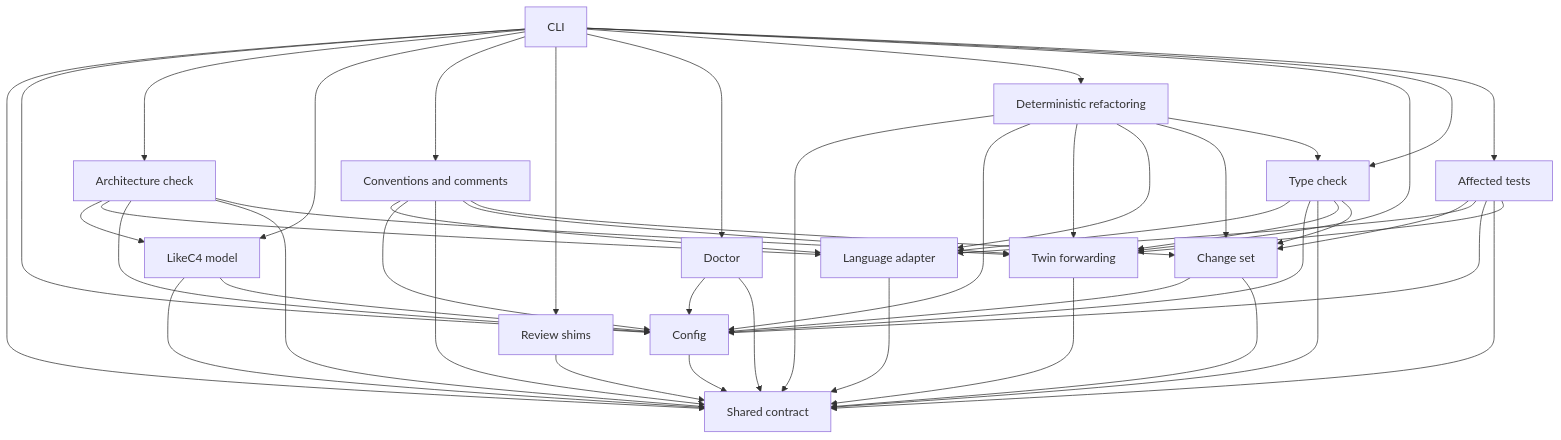
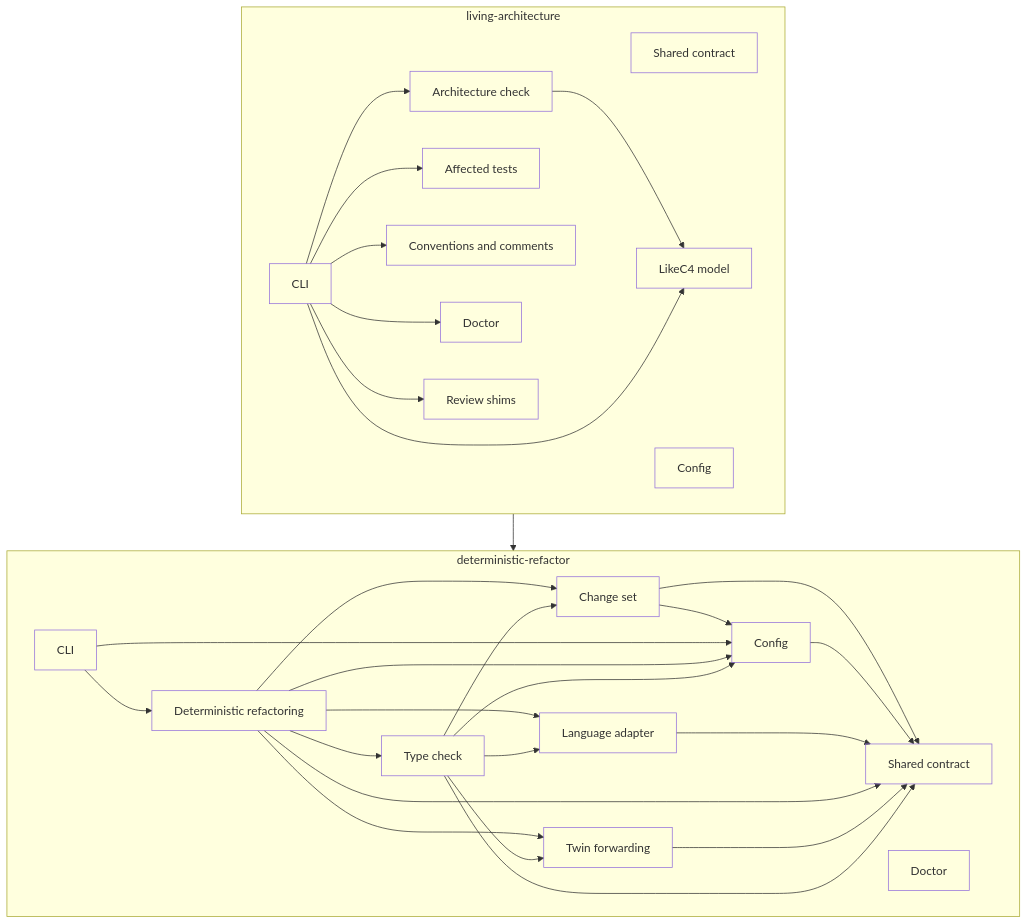
The first of 2 diagrams in architecture/system.arc42.md (MotleyAI/living-architecture), drawn with Mermaid before and after one commit. The commit also changed other lines of this file and 41 other files, not shown here.

````diff
--- a/architecture/system.arc42.md
+++ b/architecture/system.arc42.md
@@ -13,65 +15,54 @@
 ```mermaid
 flowchart TD
   %% system: Living-architecture commands
-  contract["Shared contract"]
-  config["Config"]
-  cli["CLI"]
-  c4["LikeC4 model"]
-  archcheck["Architecture check"]
-  lang["Language adapter"]
-  conventions["Conventions and comments"]
-  review["Review shims"]
-  doctor["Doctor"]
-  refactor["Deterministic refactoring"]
-  twin["Twin forwarding"]
-  typecheck["Type check"]
-  changes["Change set"]
-  affected["Affected tests"]
-  cli --> contract
-  cli --> config
-  cli --> archcheck
-  cli --> c4
-  cli --> conventions
-  cli --> review
-  cli --> doctor
-  cli --> refactor
-  archcheck --> c4
-  archcheck --> lang
-  archcheck --> config
-  archcheck --> contract
-  conventions --> lang
-  conventions --> config
-  conventions --> contract
-  c4 --> contract
-  c4 --> config
-  config --> contract
-  review --> contract
-  doctor --> config
-  doctor --> contract
-  refactor --> contract
-  cli --> twin
-  archcheck --> twin
-  twin --> contract
-  cli --> typecheck
-  typecheck --> lang
-  typecheck --> config
-  typecheck --> contract
-  typecheck --> twin
-  typecheck --> changes
-  conventions --> twin
-  refactor --> config
-  refactor --> twin
-  cli --> affected
-  affected --> changes
-  affected --> lang
-  affected --> config
-  affected --> contract
-  affected --> twin
-  conventions --> changes
-  changes --> config
-  changes --> contract
-  refactor --> lang
-  refactor --> changes
-  refactor --> typecheck
-  lang --> contract
+  subgraph dr["deterministic-refactor"]
+    dr__contract["Shared contract"]
+    dr__config["Config"]
+    dr__lang["Language adapter"]
+    dr__twin["Twin forwarding"]
+    dr__changes["Change set"]
+    dr__typecheck["Type check"]
+    dr__refactor["Deterministic refactoring"]
+    dr__doctor["Doctor"]
+    dr__cli["CLI"]
+  end
+  subgraph la["living-architecture"]
+    la__contract["Shared contract"]
+    la__config["Config"]
+    la__cli["CLI"]
+    la__c4["LikeC4 model"]
+    la__archcheck["Architecture check"]
+    la__conventions["Conventions and comments"]
+    la__review["Review shims"]
+    la__doctor["Doctor"]
+    la__affected["Affected tests"]
+  end
+  la --> dr
+  dr__changes --> dr__config
+  dr__changes --> dr__contract
+  dr__cli --> dr__config
+  dr__cli --> dr__refactor
+  dr__config --> dr__contract
+  dr__lang --> dr__contract
+  dr__refactor --> dr__changes
+  dr__refactor --> dr__config
+  dr__refactor --> dr__contract
+  dr__refactor --> dr__lang
+  dr__refactor --> dr__twin
+  dr__refactor --> dr__typecheck
+  dr__twin --> dr__contract
+  dr__typecheck --> dr__changes
+  dr__typecheck --> dr__config
+  dr__typecheck --> dr__contract
+  dr__typecheck --> dr__lang
+  dr__typecheck --> dr__twin
+  la__archcheck --> la__c4
+  la__cli --> la__affected
+  la__cli --> la__archcheck
+  la__cli --> la__c4
+  la__cli --> la__conventions
+  la__cli --> la__doctor
+  la__cli --> la__review
+  classDef leaf fill:none;
+  class dr__contract,dr__config,dr__lang,dr__twin,dr__changes,dr__typecheck,dr__refactor,dr__doctor,dr__cli,la__contract,la__config,la__cli,la__c4,la__archcheck,la__conventions,la__review,la__doctor,la__affected leaf;
 ```
````
